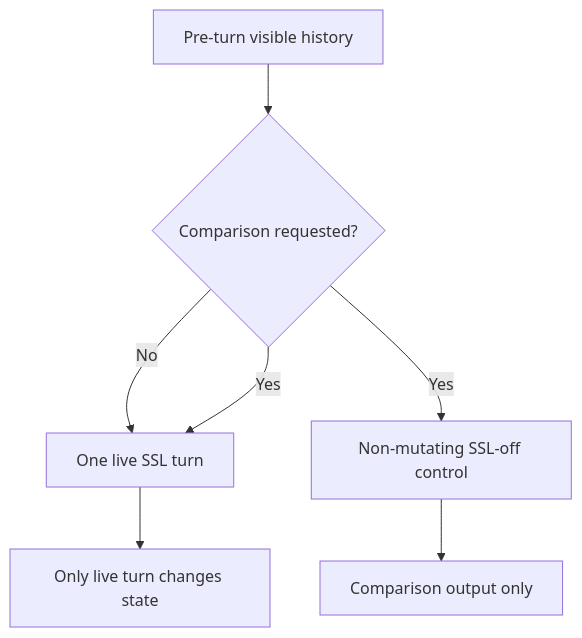
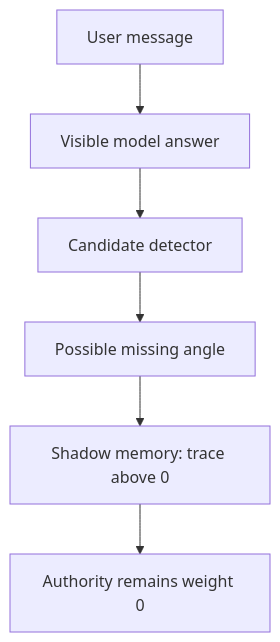
Before and after one commit to E-AI-MODEL/shadowseed-pro: the second of 4 diagrams in docs/architecture/high-level-design.md, drawn with Mermaid. The commit also changed other lines of this file, not shown here.

````diff
--- a/docs/architecture/high-level-design.md
+++ b/docs/architecture/high-level-design.md
@@ -114,9 +72,8 @@
 ```mermaid
 flowchart TD
-    A[Pre-turn visible history] --> B{Comparison requested?}
-    B -->|No| C[One live SSL turn]
-    B -->|Yes| D[Non-mutating SSL-off control]
-    D --> E[Comparison output only]
-    B -->|Yes| C
-    C --> F[Only live turn changes state]
+    A[User message] --> B[Visible model answer]
+    B --> C[Candidate detector]
+    C --> D[Possible missing angle]
+    D --> E[Shadow memory: trace above 0]
+    E --> F[Authority remains weight 0]
 ```
````
